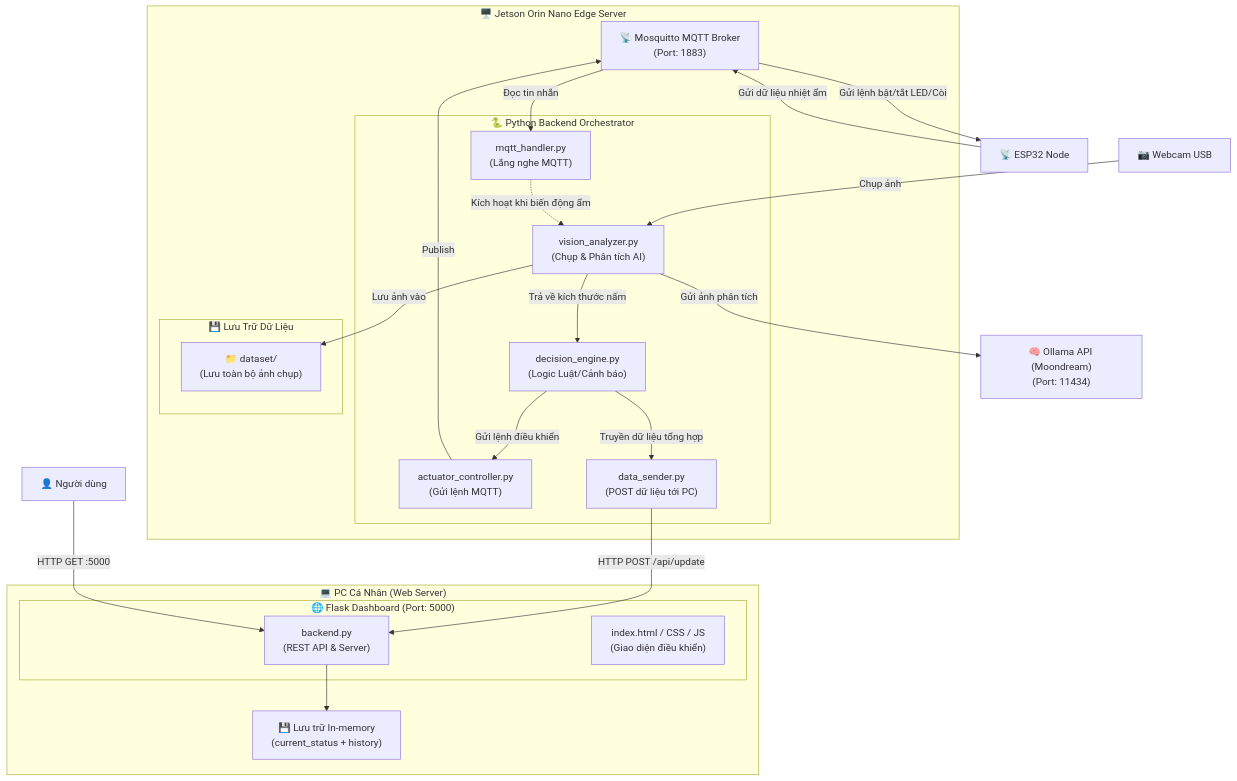
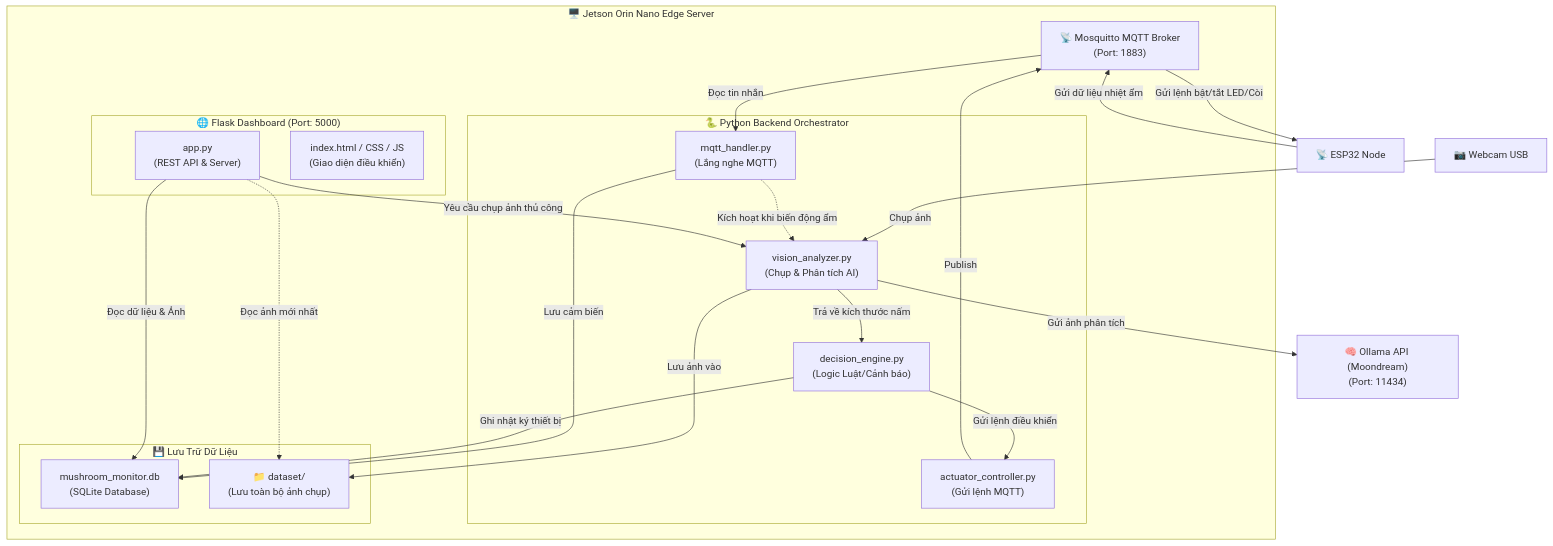
Before and after one commit to giahung25/IoT_project: the first of 3 diagrams in jetson_system_spec.md, drawn with Mermaid. The commit also changed other lines of this file and 39 other files, not shown here.

````diff
--- a/jetson_system_spec.md
+++ b/jetson_system_spec.md
@@ -9,46 +9,43 @@
 ```mermaid
 graph TB
     subgraph Jetson_Orin_Nano["🖥️ Jetson Orin Nano Edge Server"]
         MQTT_Broker["📡 Mosquitto MQTT Broker<br/>(Port: 1883)"]
-        
+      
         subgraph Backend_Process["🐍 Python Backend Orchestrator"]
             MQTT_Handler["mqtt_handler.py<br/>(Lắng nghe MQTT)"]
             Vision_Analyzer["vision_analyzer.py<br/>(Chụp & Phân tích AI)"]
             Decision_Engine["decision_engine.py<br/>(Logic Luật/Cảnh báo)"]
             Actuator_Ctrl["actuator_controller.py<br/>(Gửi lệnh MQTT)"]
-            Data_Sender["data_sender.py<br/>(POST dữ liệu tới PC)"]
         end
 
         subgraph Storage["💾 Lưu Trữ Dữ Liệu"]
+            SQLite_DB["mushroom_monitor.db<br/>(SQLite Database)"]
             Dataset_Folder["📁 dataset/<br/>(Lưu toàn bộ ảnh chụp)"]
         end
-    end
 
-    subgraph PC_Server["💻 PC Cá Nhân (Web Server)"]
         subgraph Web_Server["🌐 Flask Dashboard (Port: 5000)"]
-            Flask_App["backend.py<br/>(REST API & Server)"]
+            Flask_App["app.py<br/>(REST API & Server)"]
             UI_Files["index.html / CSS / JS<br/>(Giao diện điều khiển)"]
         end
-        Data_Store["💾 Lưu trữ In-memory<br/>(current_status + history)"]
     end
 
     ESP32["📡 ESP32 Node"] -->|Gửi dữ liệu nhiệt ẩm| MQTT_Broker
     MQTT_Broker -->|Đọc tin nhắn| MQTT_Handler
-    
+    MQTT_Handler -->|Lưu cảm biến| SQLite_DB
+  
     Webcam["📷 Webcam USB"] -->|Chụp ảnh| Vision_Analyzer
     Vision_Analyzer -->|Lưu ảnh vào| Dataset_Folder
     Vision_Analyzer -->|Gửi ảnh phân tích| Ollama["🧠 Ollama API (Moondream)<br/>(Port: 11434)"]
-    
+  
     MQTT_Handler -.->|Kích hoạt khi biến động ẩm| Vision_Analyzer
-    
+    Flask_App -->|Yêu cầu chụp ảnh thủ công| Vision_Analyzer
+  
     Vision_Analyzer -->|Trả về kích thước nấm| Decision_Engine
+    Decision_Engine -->|Ghi nhật ký thiết bị| SQLite_DB
     Decision_Engine -->|Gửi lệnh điều khiển| Actuator_Ctrl
     Actuator_Ctrl -->|Publish| MQTT_Broker
     MQTT_Broker -->|Gửi lệnh bật/tắt LED/Còi| ESP32
-    
-    Decision_Engine -->|Truyền dữ liệu tổng hợp| Data_Sender
-    Data_Sender -->|"HTTP POST /api/update"| Flask_App
-    Flask_App --> Data_Store
-    
-    User["👤 Người dùng"] -->|"HTTP GET :5000"| Flask_App
+  
+    Flask_App -->|Đọc dữ liệu & Ảnh| SQLite_DB
+    Flask_App -.->|Đọc ảnh mới nhất| Dataset_Folder
 ```
````
